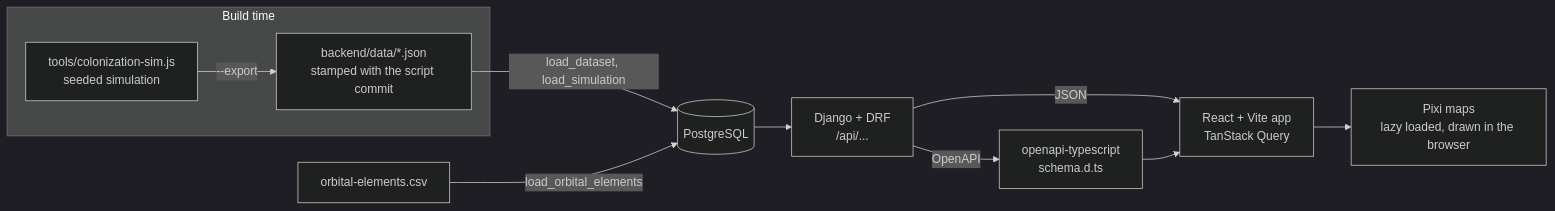
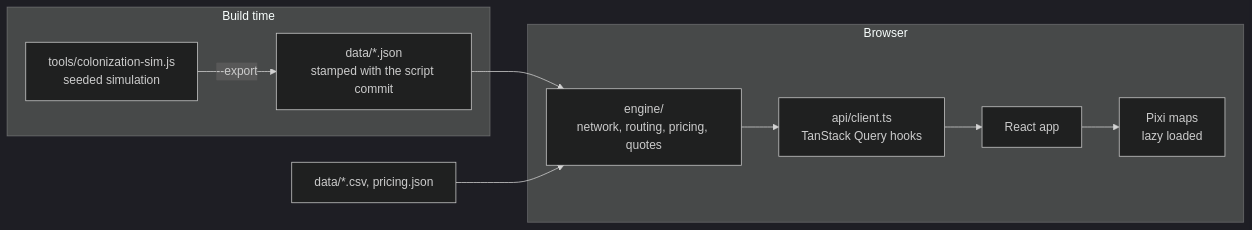
Before and after one commit to nrrb/planet2planet: the diagram in README.md, drawn with Mermaid (dark theme). The commit also changed other lines of this file and 11 other files, not shown here.

````diff
--- a/README.md
+++ b/README.md
@@ -66,13 +63,13 @@
 ```mermaid
 flowchart LR
   subgraph Build time
-    SIM[tools/colonization-sim.js<br/>seeded simulation] -->|--export| JSON[backend/data/*.json<br/>stamped with the script commit]
+    SIM[tools/colonization-sim.js<br/>seeded simulation] -->|--export| JSON[data/*.json<br/>stamped with the script commit]
   end
-  JSON -->|load_dataset, load_simulation| DB[(PostgreSQL)]
-  CSV[orbital-elements.csv] -->|load_orbital_elements| DB
-  DB --> API[Django + DRF<br/>/api/...]
-  API -->|OpenAPI| TYPES[openapi-typescript<br/>schema.d.ts]
-  API -->|JSON| WEB[React + Vite app<br/>TanStack Query]
-  TYPES --> WEB
-  WEB --> MAP[Pixi maps<br/>lazy loaded, drawn in the browser]
+  JSON --> ENGINE
+  CSV[data/*.csv, pricing.json] --> ENGINE
+  subgraph Browser
+    ENGINE[engine/<br/>network, routing, pricing, quotes] --> CLIENT[api/client.ts<br/>TanStack Query hooks]
+    CLIENT --> WEB[React app]
+    WEB --> MAP[Pixi maps<br/>lazy loaded]
+  end
 ```
````
